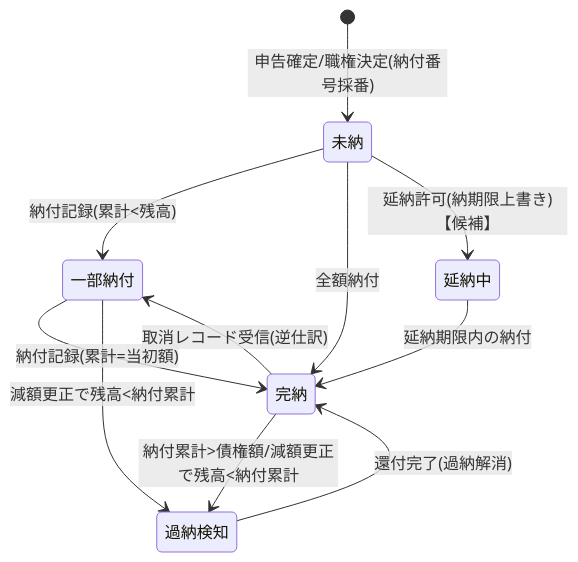
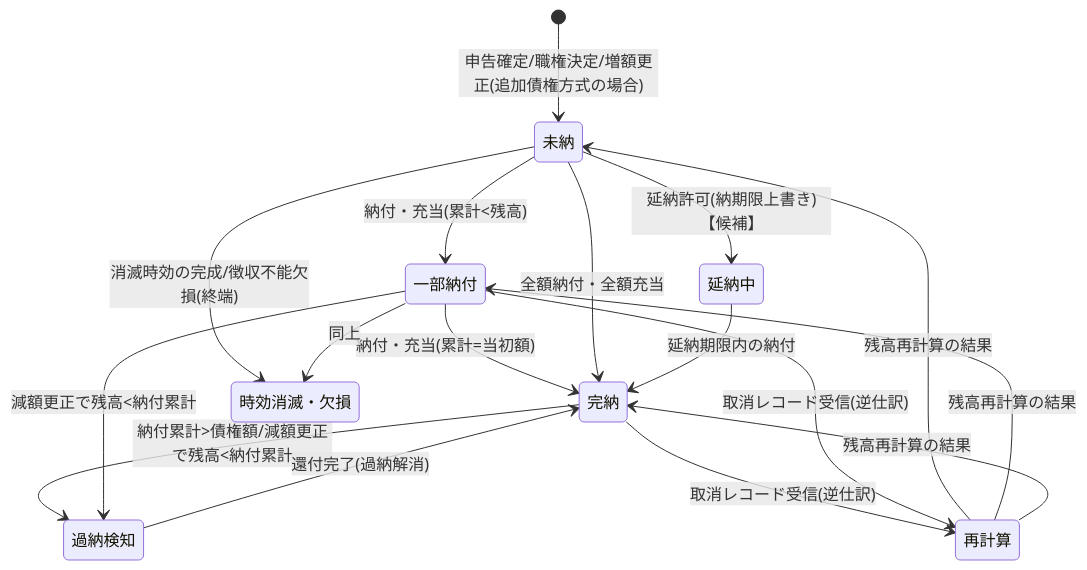
One commit to hhhryoma/work changed the second of 7 diagrams in docs/fossil-fuel-levy/状態遷移定義.md. Above: the diagram before and after it, drawn with Mermaid. The commit also changed other lines of this file and 6 other files, not shown here.

````diff
--- a/docs/fossil-fuel-levy/状態遷移定義.md
+++ b/docs/fossil-fuel-levy/状態遷移定義.md
@@ -33,13 +35,19 @@
 ```mermaid
 stateDiagram-v2
-    [*] --> 未納 : 申告確定/職権決定(納付番号採番)
-    未納 --> 一部納付 : 納付記録(累計<残高)
-    一部納付 --> 完納 : 納付記録(累計=当初額)
-    未納 --> 完納 : 全額納付
+    [*] --> 未納 : 申告確定/職権決定/増額更正(追加債権方式の場合)
+    未納 --> 一部納付 : 納付・充当(累計<残高)
+    一部納付 --> 完納 : 納付・充当(累計=当初額)
+    未納 --> 完納 : 全額納付・全額充当
     完納 --> 過納検知 : 納付累計>債権額/減額更正で残高<納付累計
     一部納付 --> 過納検知 : 減額更正で残高<納付累計
-    完納 --> 一部納付 : 取消レコード受信(逆仕訳)
+    完納 --> 再計算 : 取消レコード受信(逆仕訳)
+    一部納付 --> 再計算 : 取消レコード受信(逆仕訳)
+    再計算 --> 未納 : 残高再計算の結果
+    再計算 --> 一部納付 : 残高再計算の結果
+    再計算 --> 完納 : 残高再計算の結果
     未納 --> 延納中 : 延納許可(納期限上書き)【候補】
     延納中 --> 完納 : 延納期限内の納付
     過納検知 --> 完納 : 還付完了(過納解消)
+    未納 --> 時効消滅・欠損 : 消滅時効の完成/徴収不能欠損(終端)
+    一部納付 --> 時効消滅・欠損 : 同上
 ```
````
